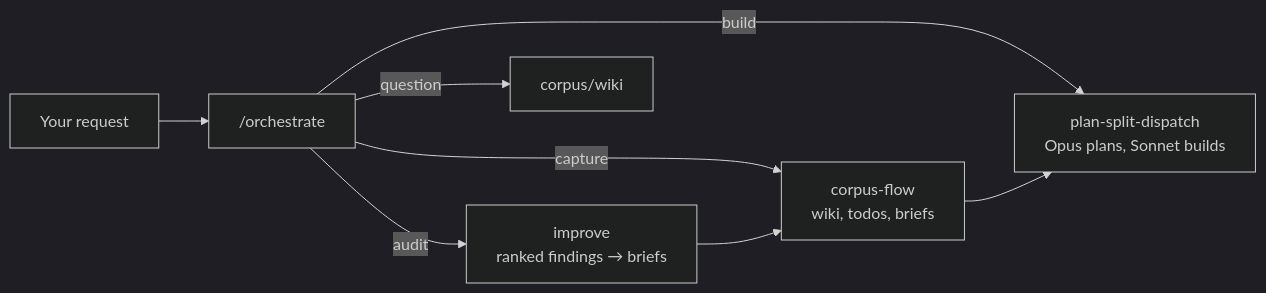
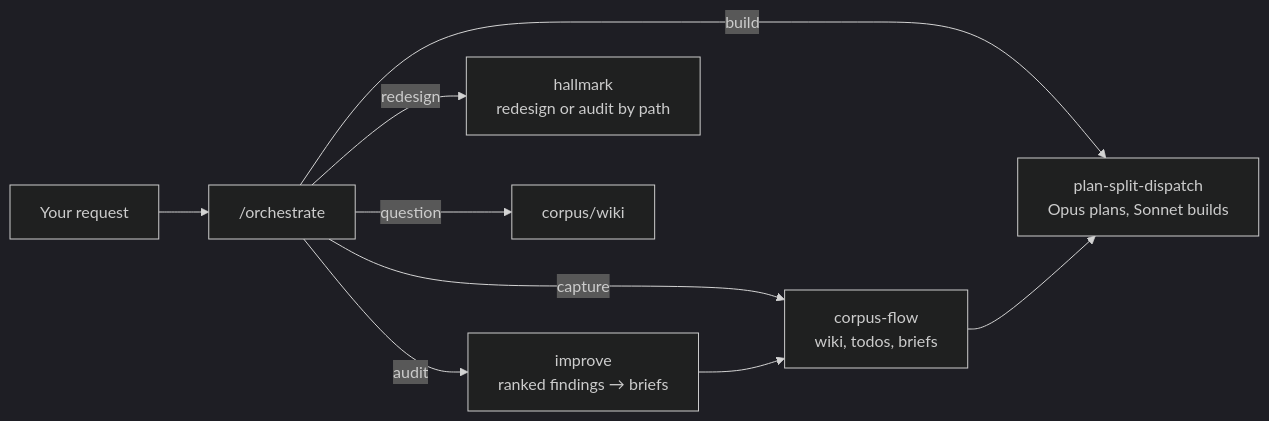
One commit to gandolh/my-personal-skills changed the diagram in README.md. Above: the diagram before and after it, drawn with Mermaid (dark theme). The commit also changed other lines of this file and 4 other files, not shown here.

````diff
--- a/README.md
+++ b/README.md
@@ -25,10 +25,11 @@
 ```mermaid
 flowchart LR
   you["Your request"] --> orch["/orchestrate"]
   orch -->|capture| cf["corpus-flow<br/>wiki, todos, briefs"]
   orch -->|build| psd["plan-split-dispatch<br/>Opus plans, Sonnet builds"]
   orch -->|audit| imp["improve<br/>ranked findings → briefs"]
+  orch -->|redesign| hm["hallmark<br/>redesign or audit by path"]
   orch -->|question| wiki["corpus/wiki"]
   cf --> psd
   imp --> cf
 ```
````
